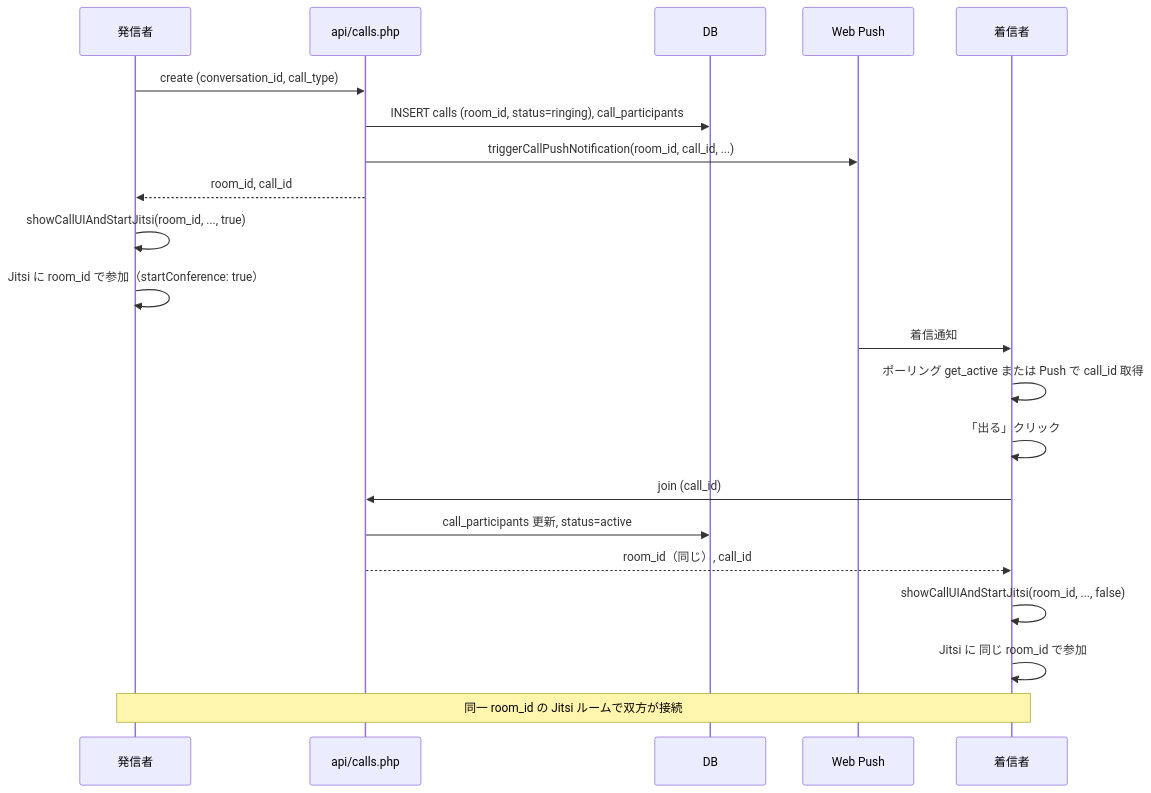
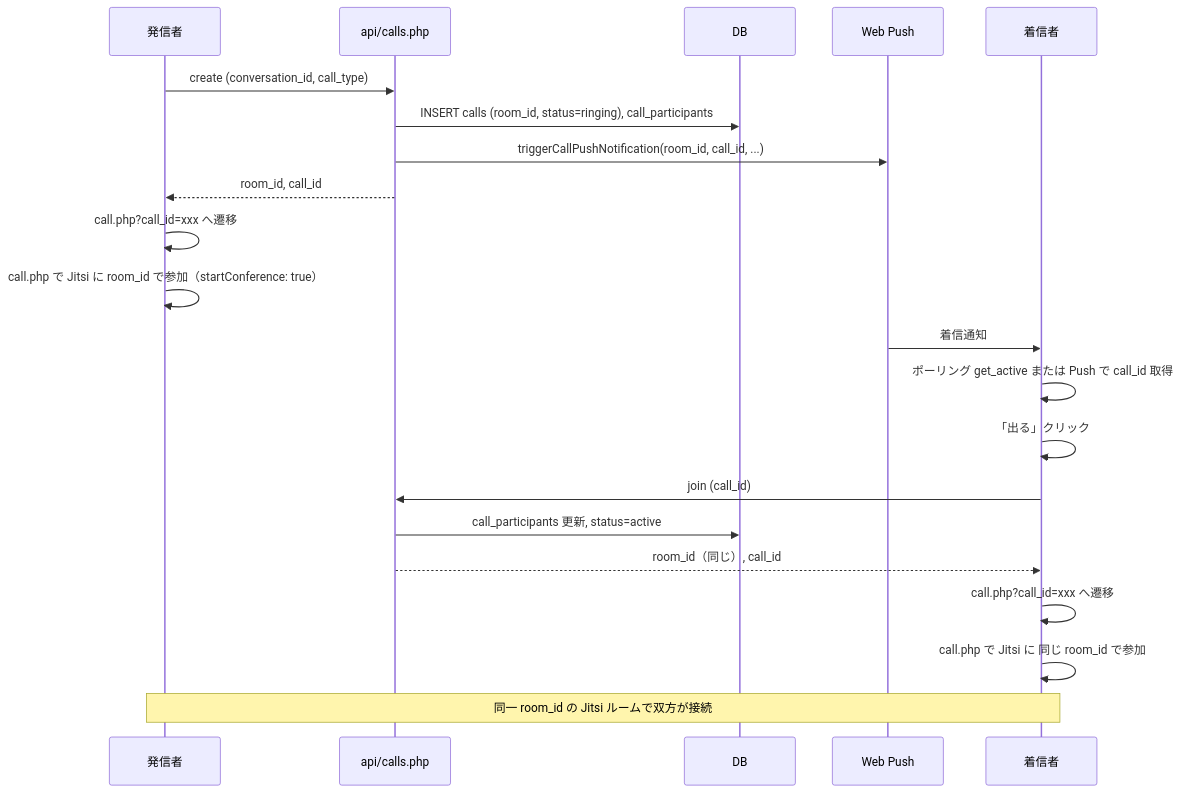
One commit to bunta1211/nine changed the diagram in DOCS/CALL_CONNECT_AND_NOTIFICATION_FIX_PLAN.md. Above: the diagram before and after it, drawn with Mermaid. The commit also changed other lines of this file and 7 other files, not shown here.

First line of the commit message:
通話機能 call.php 統合: DOCS/CSS/DEPENDENCIES 更新・レガシーコメント追加

````diff
--- a/DOCS/CALL_CONNECT_AND_NOTIFICATION_FIX_PLAN.md
+++ b/DOCS/CALL_CONNECT_AND_NOTIFICATION_FIX_PLAN.md
@@ -37,26 +37,26 @@
 ```mermaid
 sequenceDiagram
     participant A as 発信者
     participant API as api/calls.php
     participant DB as DB
     participant Push as Web Push
     participant B as 着信者
 
     A->>API: create (conversation_id, call_type)
     API->>DB: INSERT calls (room_id, status=ringing), call_participants
     API->>Push: triggerCallPushNotification(room_id, call_id, ...)
     API-->>A: room_id, call_id
-    A->>A: showCallUIAndStartJitsi(room_id, ..., true)
-    A->>A: Jitsi に room_id で参加（startConference: true）
+    A->>A: call.php?call_id=xxx へ遷移
+    A->>A: call.php で Jitsi に room_id で参加（startConference: true）
 
     Push->>B: 着信通知
     B->>B: ポーリング get_active または Push で call_id 取得
     B->>B: 「出る」クリック
     B->>API: join (call_id)
     API->>DB: call_participants 更新, status=active
     API-->>B: room_id（同じ）, call_id
-    B->>B: showCallUIAndStartJitsi(room_id, ..., false)
-    B->>B: Jitsi に 同じ room_id で参加
+    B->>B: call.php?call_id=xxx へ遷移
+    B->>B: call.php で Jitsi に 同じ room_id で参加
 
     Note over A,B: 同一 room_id の Jitsi ルームで双方が接続
 ```
````
